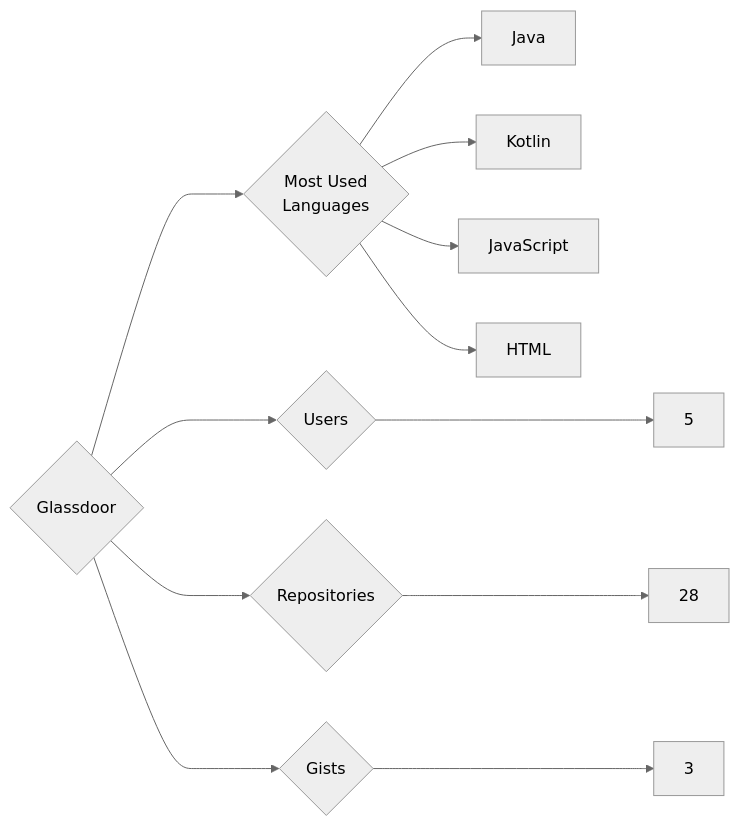
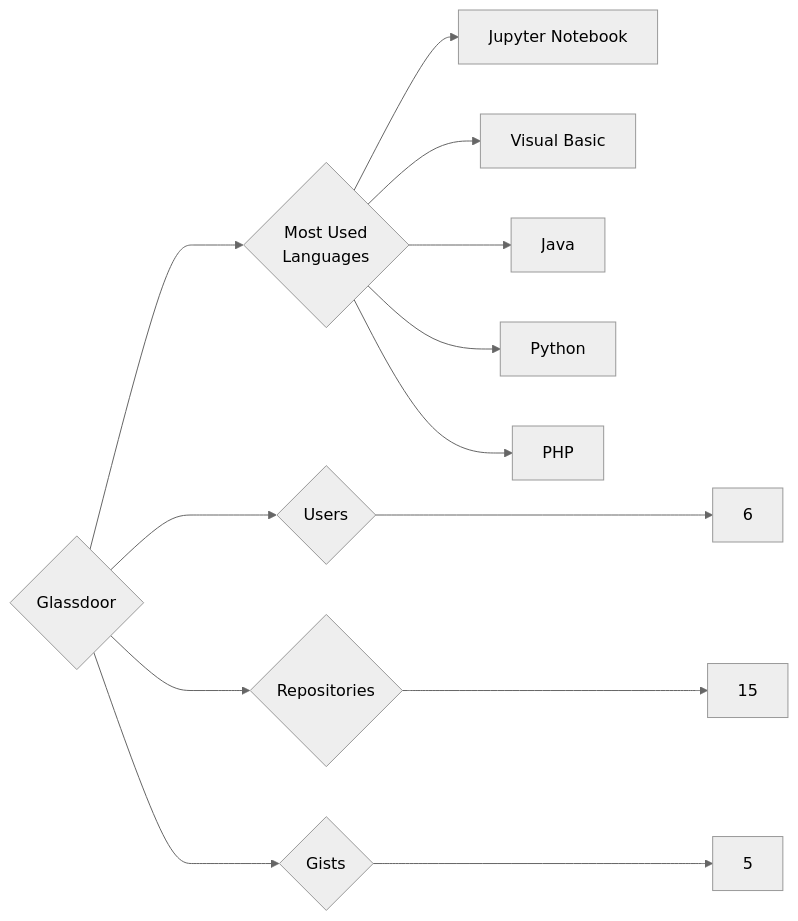
The diagram in targets/Glassdoor/README.md (trickest/insiders), drawn with Mermaid (neutral theme) before and after one commit. The commit also changed 1170 other files, not shown here.

````diff
--- a/targets/Glassdoor/README.md
+++ b/targets/Glassdoor/README.md
@@ -3,12 +3,13 @@
 ```mermaid
 graph LR
 COMPANY_NAME{Glassdoor}
-COMPANY_NAME ---> U{Users} ---> UN[5]
-COMPANY_NAME ---> R{Repositories} ---> RN[28]
-COMPANY_NAME ---> G{Gists} ---> GN[3]
+COMPANY_NAME ---> U{Users} ---> UN[6]
+COMPANY_NAME ---> R{Repositories} ---> RN[15]
+COMPANY_NAME ---> G{Gists} ---> GN[5]
 COMPANY_NAME ---> ML{Most Used<br>Languages}
+ML --> Jupyter_Notebook[Jupyter Notebook]
+ML --> Visual_Basic[Visual Basic]
 ML --> Java[Java]
-ML --> Kotlin[Kotlin]
-ML --> JavaScript[JavaScript]
-ML --> HTML[HTML]
+ML --> Python[Python]
+ML --> PHP[PHP]
 ```
````
